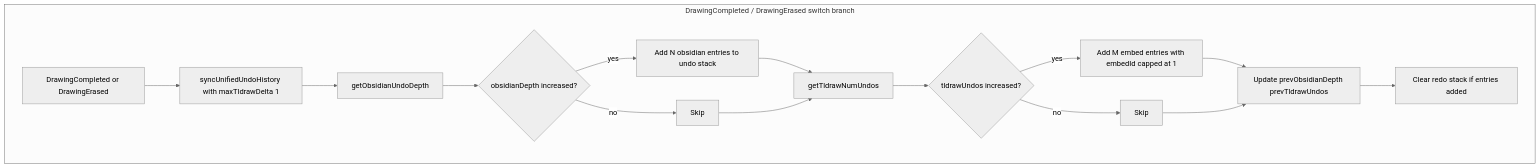
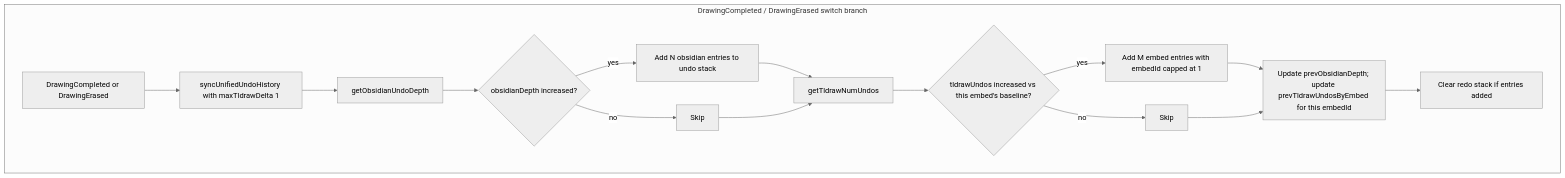
The fifth of 6 diagrams in docs/undo-redo-implementation.md (daledesilva/obsidian_ink), drawn with Mermaid (neutral theme) before and after one commit. The commit also changed other lines of this file and 5 other files, not shown here.

Commit message:
Fixed alternating embed undos

````diff
--- a/docs/undo-redo-implementation.md
+++ b/docs/undo-redo-implementation.md
@@ -110,18 +132,18 @@
 ```mermaid
 flowchart TD
     subgraph SyncFlow [DrawingCompleted / DrawingErased switch branch]
         A[DrawingCompleted or DrawingErased] --> B[syncUnifiedUndoHistory with maxTldrawDelta 1]
         B --> C[getObsidianUndoDepth]
         C --> D{obsidianDepth increased?}
         D -->|yes| E[Add N obsidian entries to undo stack]
         D -->|no| F[Skip]
         E --> G[getTldrawNumUndos]
         F --> G
-        G --> H{tldrawUndos increased?}
+        G --> H{tldrawUndos increased vs this embed's baseline?}
         H -->|yes| I[Add M embed entries with embedId capped at 1]
         H -->|no| J[Skip]
-        I --> K[Update prevObsidianDepth prevTldrawUndos]
+        I --> K[Update prevObsidianDepth; update prevTldrawUndosByEmbed for this embedId]
         J --> K
         K --> L[Clear redo stack if entries added]
     end
 ```
````
